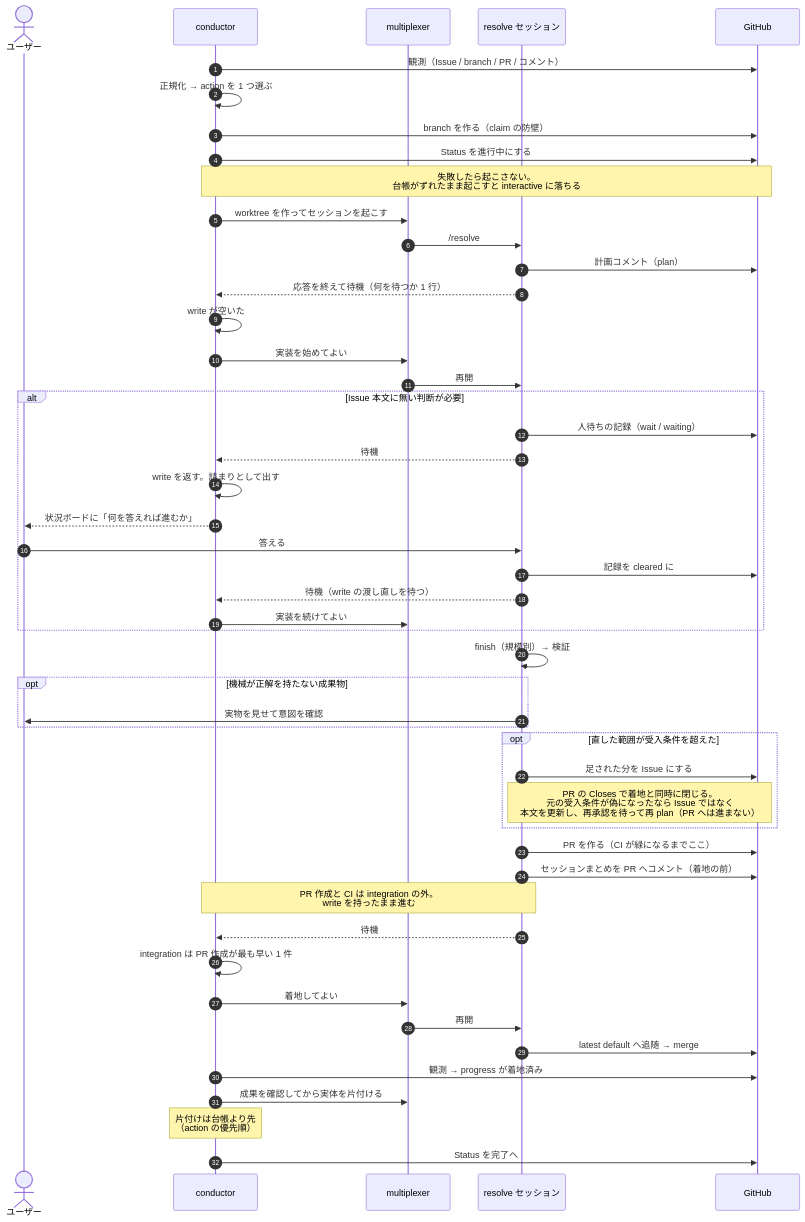
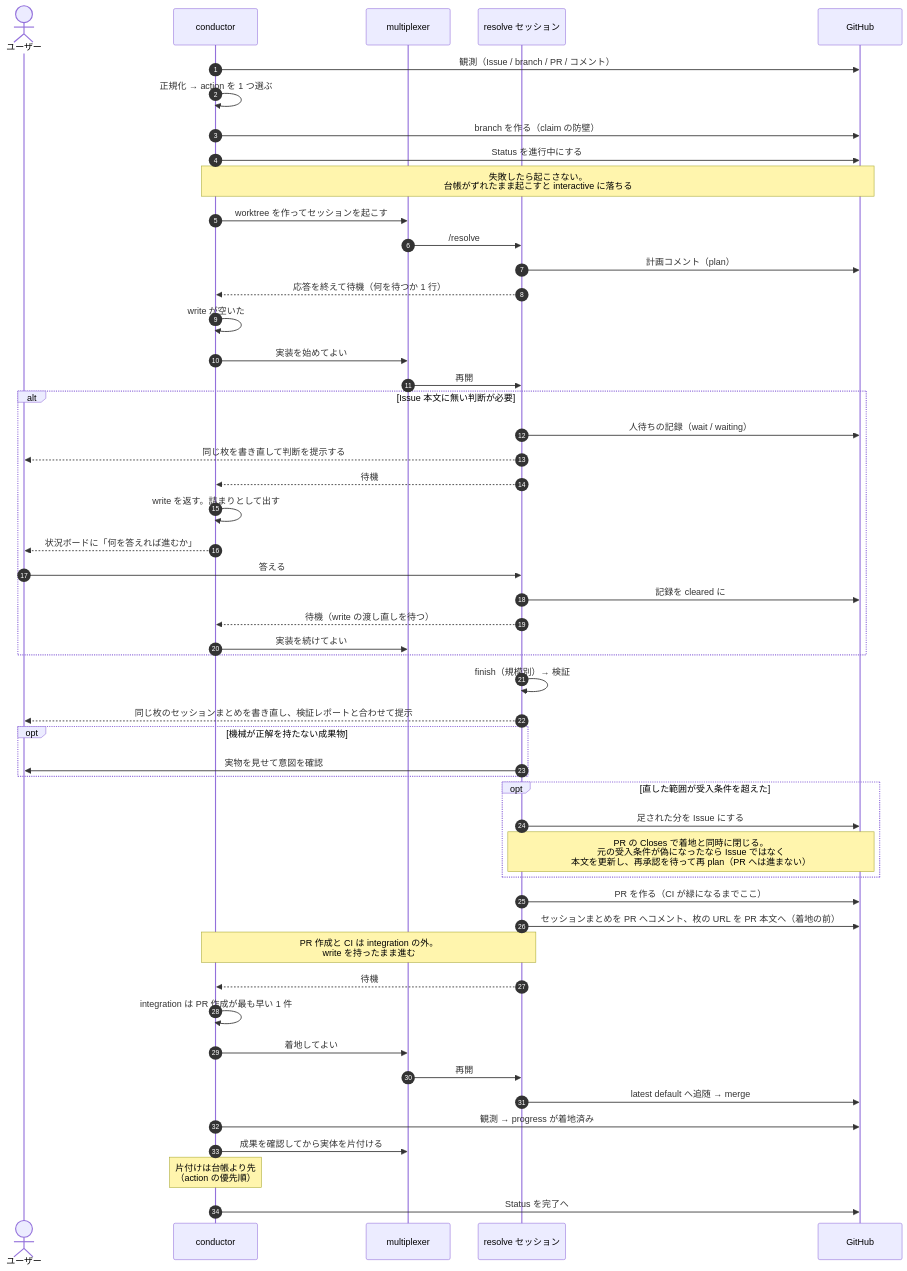
One commit to usagizmo/agentfiles changed the third of 4 diagrams in agents/docs/lifecycle.md. Above: the diagram before and after it, drawn with Mermaid. The commit also changed other lines of this file and 10 other files, not shown here.

````diff
--- a/agents/docs/lifecycle.md
+++ b/agents/docs/lifecycle.md
@@ -117,56 +117,58 @@
 ```mermaid
 sequenceDiagram
     autonumber
     actor U as ユーザー
     participant C as conductor
     participant M as multiplexer
     participant R as resolve セッション
     participant GH as GitHub
 
     C->>GH: 観測（Issue / branch / PR / コメント）
     C->>C: 正規化 → action を 1 つ選ぶ
     C->>GH: branch を作る（claim の防壁）
     C->>GH: Status を進行中にする
     Note over C,GH: 失敗したら起こさない。<br/>台帳がずれたまま起こすと interactive に落ちる
     C->>M: worktree を作ってセッションを起こす
     M->>R: /resolve #N
 
     R->>GH: 計画コメント（plan）
     R-->>C: 応答を終えて待機（何を待つか 1 行）
     C->>C: write が空いた
     C->>M: 実装を始めてよい
     M->>R: 再開
 
     alt Issue 本文に無い判断が必要
         R->>GH: 人待ちの記録（wait / waiting）
+        R-->>U: 同じ枚を書き直して判断を提示する
         R-->>C: 待機
         C->>C: write を返す。詰まりとして出す
         C-->>U: 状況ボードに「何を答えれば進むか」
         U->>R: 答える
         R->>GH: 記録を cleared に
         R-->>C: 待機（write の渡し直しを待つ）
         C->>M: 実装を続けてよい
     end
 
     R->>R: finish（規模別）→ 検証
+    R-->>U: 同じ枚のセッションまとめを書き直し、検証レポートと合わせて提示
     opt 機械が正解を持たない成果物
         R->>U: 実物を見せて意図を確認
     end
     opt 直した範囲が受入条件を超えた
         R->>GH: 足された分を Issue にする
         Note over R,GH: PR の Closes で着地と同時に閉じる。<br/>元の受入条件が偽になったなら Issue ではなく<br/>本文を更新し、再承認を待って再 plan（PR へは進まない）
     end
     R->>GH: PR を作る（CI が緑になるまでここ）
-    R->>GH: セッションまとめを PR へコメント（着地の前）
+    R->>GH: セッションまとめを PR へコメント、枚の URL を PR 本文へ（着地の前）
     Note over R,C: PR 作成と CI は integration の外。<br/>write を持ったまま進む
     R-->>C: 待機
     C->>C: integration は PR 作成が最も早い 1 件
     C->>M: 着地してよい
     M->>R: 再開
     R->>GH: latest default へ追随 → merge
 
     C->>GH: 観測 → progress が着地済み
     C->>M: 成果を確認してから実体を片付ける
     Note over C: 片付けは台帳より先<br/>（action の優先順）
     C->>GH: Status を完了へ
 ```
````
